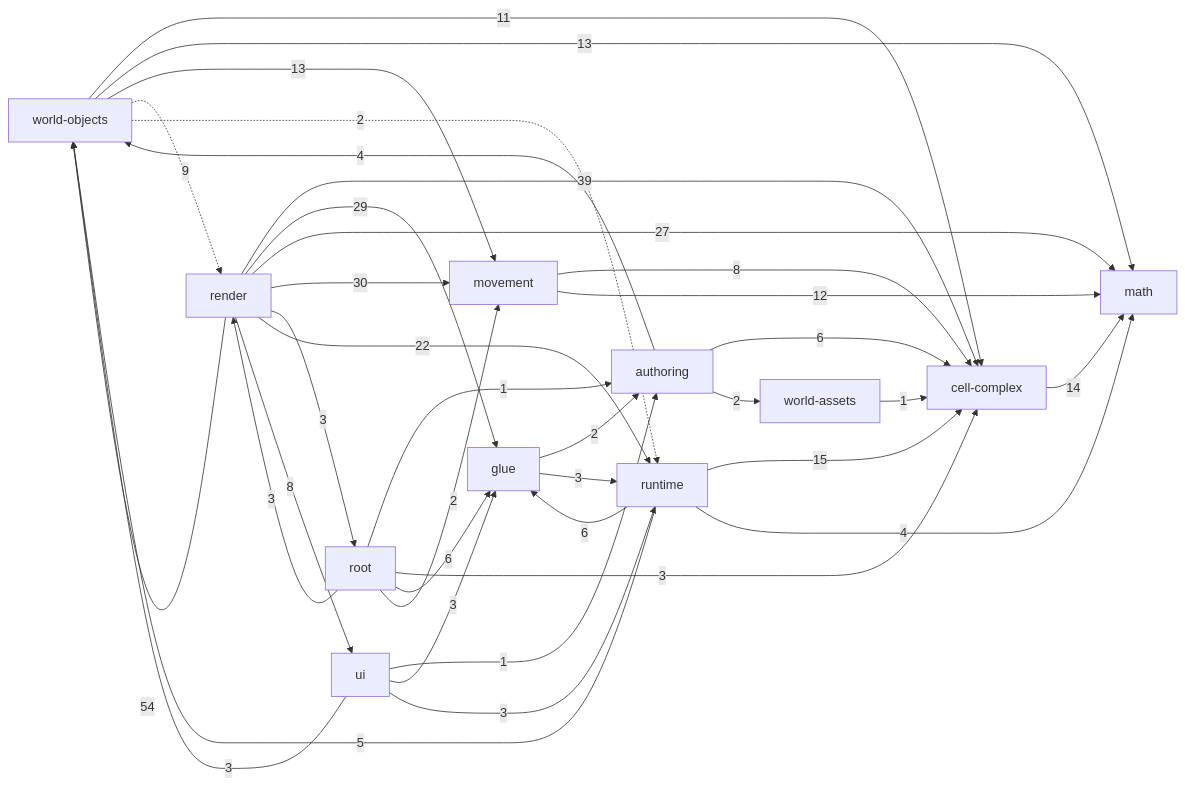
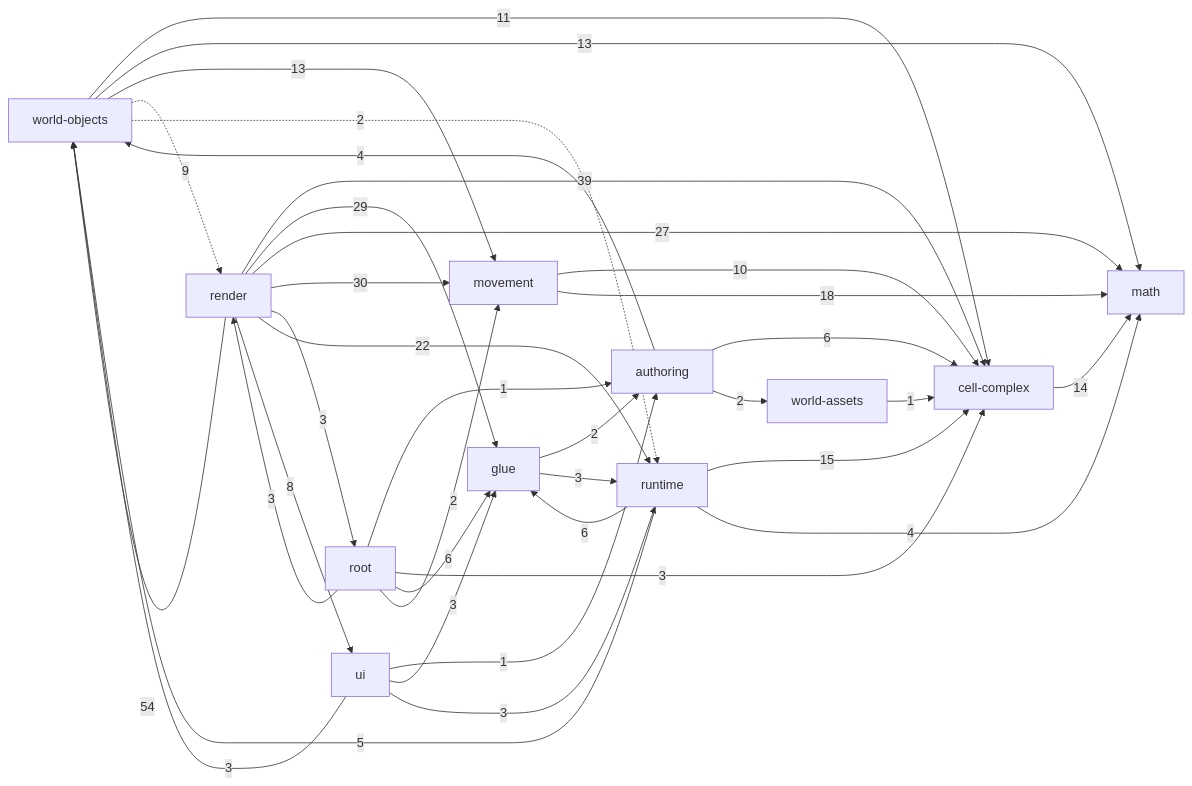
The diagram in _docs/generated/ARCHITECTURE_REFERENCE.md (guraltsev/noneuclid-fpv), drawn with Mermaid before and after one commit. The commit also changed other lines of this file and 10 other files, not shown here.

````diff
--- a/_docs/generated/ARCHITECTURE_REFERENCE.md
+++ b/_docs/generated/ARCHITECTURE_REFERENCE.md
@@ -32,49 +32,49 @@
 ```mermaid
 flowchart LR
   math["math"]
   cell_complex["cell-complex"]
   movement["movement"]
   world_assets["world-assets"]
   world_objects["world-objects"]
   authoring["authoring"]
   runtime["runtime"]
   ui["ui"]
   glue["glue"]
   render["render"]
   root["root"]
   authoring -->|6| cell_complex
   authoring -->|2| world_assets
   authoring -->|4| world_objects
   cell_complex -->|14| math
   glue -->|2| authoring
   glue -->|3| runtime
-  movement -->|8| cell_complex
-  movement -->|12| math
+  movement -->|10| cell_complex
+  movement -->|18| math
   render -->|39| cell_complex
   render -->|29| glue
   render -->|27| math
   render -->|30| movement
   render -->|3| root
   render -->|22| runtime
   render -->|8| ui
   render -->|54| world_objects
   root -->|1| authoring
   root -->|3| cell_complex
   root -->|6| glue
   root -->|2| movement
   root -->|3| render
   runtime -->|15| cell_complex
   runtime -->|6| glue
   runtime -->|4| math
   runtime -->|5| world_objects
   ui -->|1| authoring
   ui -->|3| glue
   ui -->|3| runtime
   ui -->|3| world_objects
   world_assets -->|1| cell_complex
   world_objects -->|11| cell_complex
   world_objects -->|13| math
   world_objects -->|13| movement
   world_objects -.->|9| render
   world_objects -.->|2| runtime
 ```
````
